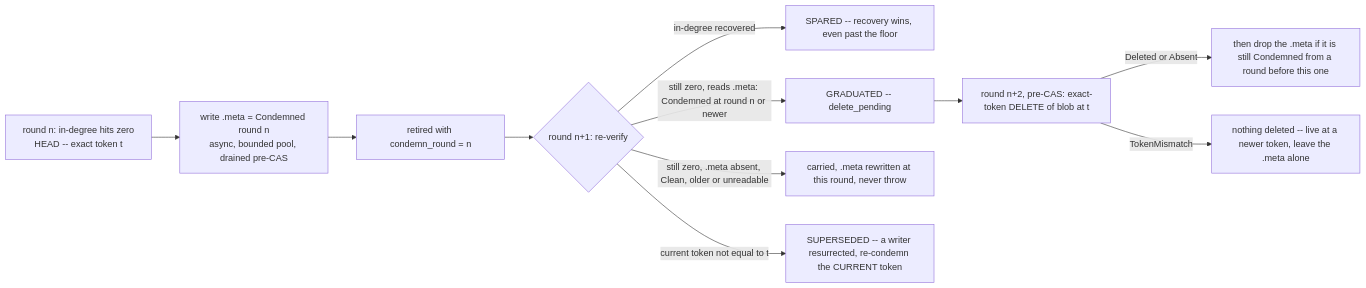
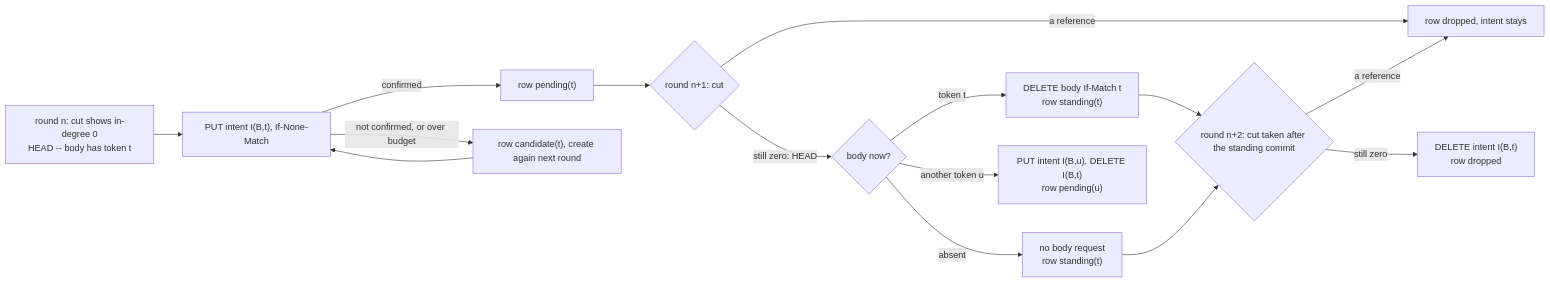
One commit to Altinity/ClickHouse changed the third of 3 diagrams in docs/en/antalya/cas/architecture/garbage-collection.md. Above: the diagram before and after it, drawn with Mermaid. The commit also changed other lines of this file and 20 other files, not shown here.

First line of the commit message:
Document CAS blob deletion intents

````diff
--- a/docs/en/antalya/cas/architecture/garbage-collection.md
+++ b/docs/en/antalya/cas/architecture/garbage-collection.md
@@ -725,13 +752,17 @@
 ```mermaid
 flowchart LR
-    A["round n: in-degree hits zero<br/>HEAD -- exact token t"] --> B["write .meta = Condemned round n<br/>async, bounded pool, drained pre-CAS"]
-    B --> C["retired with condemn_round = n"]
-    C --> D{"round n+1: re-verify"}
-    D -->|"in-degree recovered"| S["SPARED -- recovery wins, even past the floor"]
-    D -->|"still zero, reads .meta: Condemned at round n or newer"| G["GRADUATED -- delete_pending"]
-    D -->|"still zero, .meta absent, Clean, older or unreadable"| C2["carried, .meta rewritten at this round, never throw"]
-    D -->|"current token not equal to t"| SUP["SUPERSEDED -- a writer resurrected, re-condemn the CURRENT token"]
-    G --> E["round n+2, pre-CAS: exact-token DELETE of blob at t"]
-    E -->|"Deleted or Absent"| F["then drop the .meta if it is still Condemned from a round before this one"]
-    E -->|TokenMismatch| H["nothing deleted -- live at a newer token, leave the .meta alone"]
+    A["round n: cut shows in-degree 0<br/>HEAD -- body has token t"] --> B["PUT intent I(B,t), If-None-Match"]
+    B -->|confirmed| P["row pending(t)"]
+    B -->|"not confirmed, or over budget"| C["row candidate(t), create again next round"]
+    C --> B
+    P --> D{"round n+1: cut"}
+    D -->|"a reference"| S["row dropped, intent stays"]
+    D -->|"still zero: HEAD"| E{"body now?"}
+    E -->|"token t"| F["DELETE body If-Match t<br/>row standing(t)"]
+    E -->|"absent"| F2["no body request<br/>row standing(t)"]
+    E -->|"another token u"| T["PUT intent I(B,u), DELETE I(B,t)<br/>row pending(u)"]
+    F --> G{"round n+2: cut taken after the standing commit"}
+    F2 --> G
+    G -->|"a reference"| S
+    G -->|"still zero"| H["DELETE intent I(B,t)<br/>row dropped"]
 ```
````
